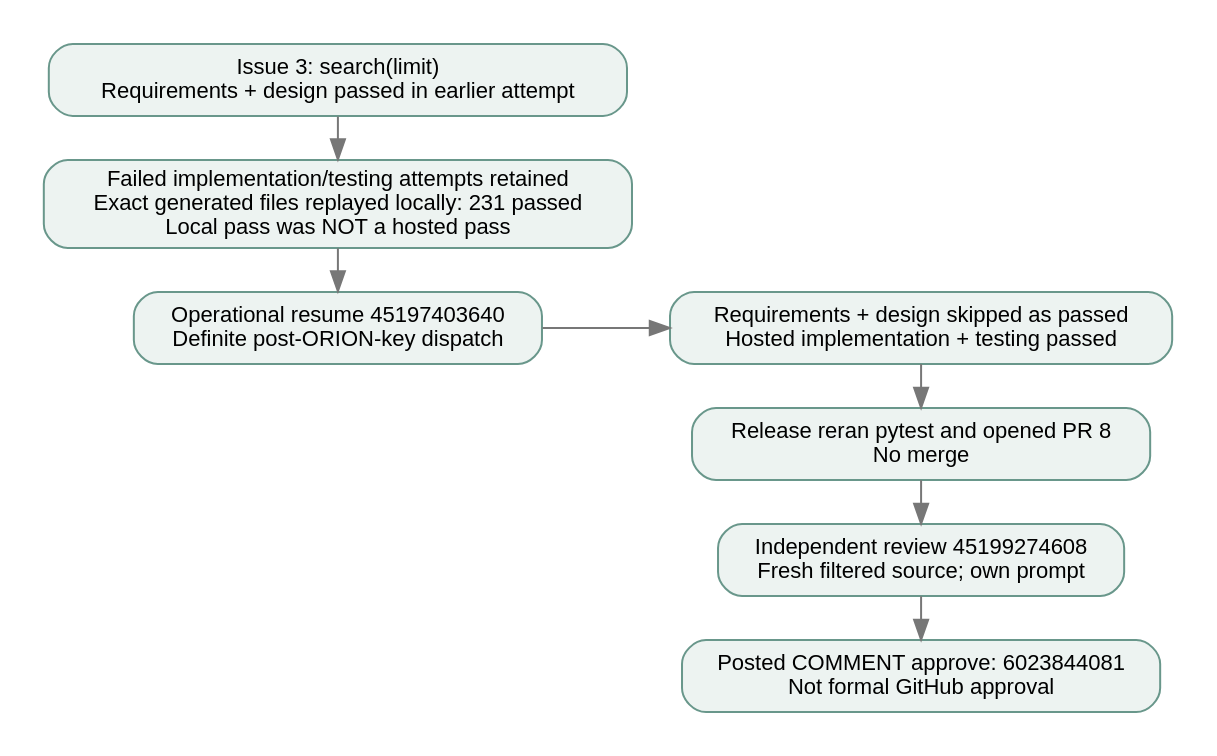
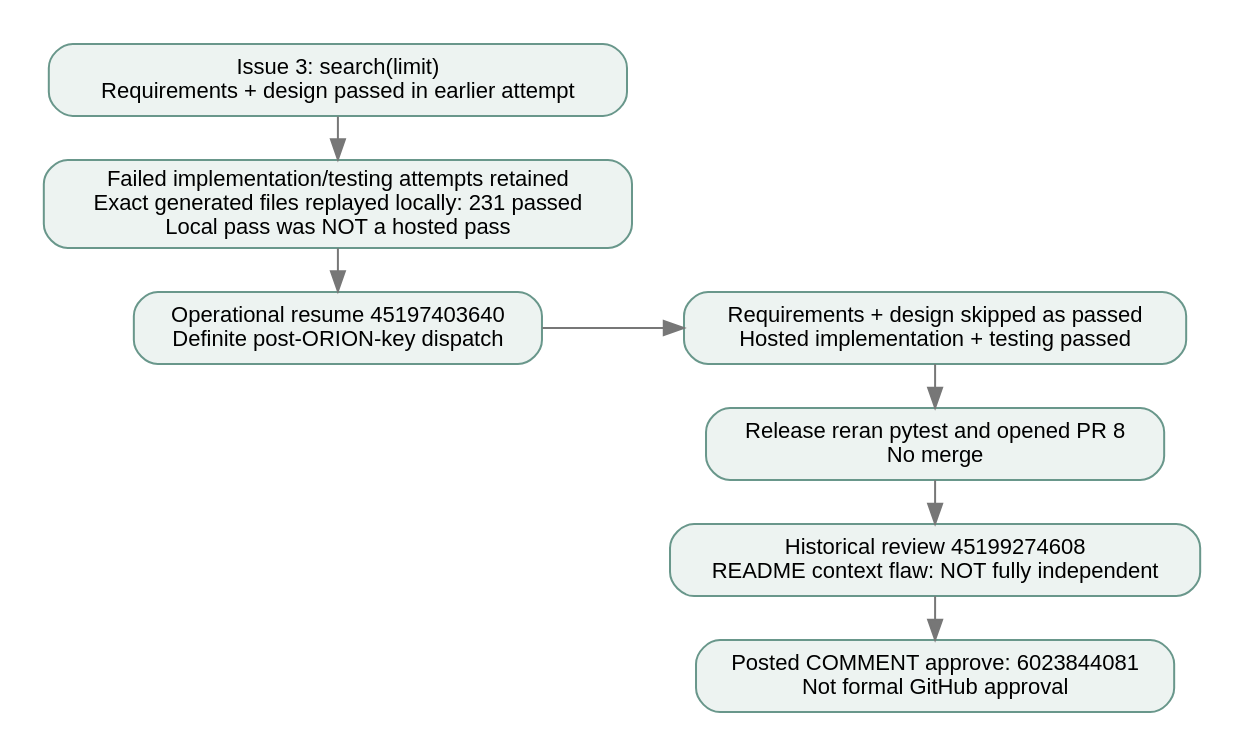
One commit to panemchaitanya/AutoSE_A3 changed the diagram in architecture/views/sequence.dot. Above: the diagram before and after it, drawn with Graphviz. The commit also changed 4 other files, not shown here.

Commit message:
Place historical compliance caveats beside sequence and requirements demo

```diff
--- a/architecture/views/sequence.dot
+++ b/architecture/views/sequence.dot
@@ -1,15 +1,15 @@
 digraph G {
  graph [rankdir=LR,bgcolor="white",pad="0.2",nodesep="0.3",ranksep="0.27"];
  node [shape=box,style="rounded,filled",fillcolor="#edf3f1",color="#69978b",fontname="Helvetica",fontsize=11];
  edge [color="#777777",fontname="Helvetica",fontsize=10];
  A [label="Issue 3: search(limit)\nRequirements + design passed in earlier attempt"];
  B [label="Failed implementation/testing attempts retained\nExact generated files replayed locally: 231 passed\nLocal pass was NOT a hosted pass"];
  C [label="Operational resume 45197403640\nDefinite post-ORION-key dispatch"];
  D [label="Requirements + design skipped as passed\nHosted implementation + testing passed"];
  E [label="Release reran pytest and opened PR 8\nNo merge"];
- F [label="Independent review 45199274608\nFresh filtered source; own prompt"];
+ F [label="Historical review 45199274608\nREADME context flaw: NOT fully independent"];
  H [label="Posted COMMENT approve: 6023844081\nNot formal GitHub approval"];
  {rank=same;A;B;C;}
  {rank=same;D;E;F;H;}
  A->B->C->D->E->F->H;
 }
```
